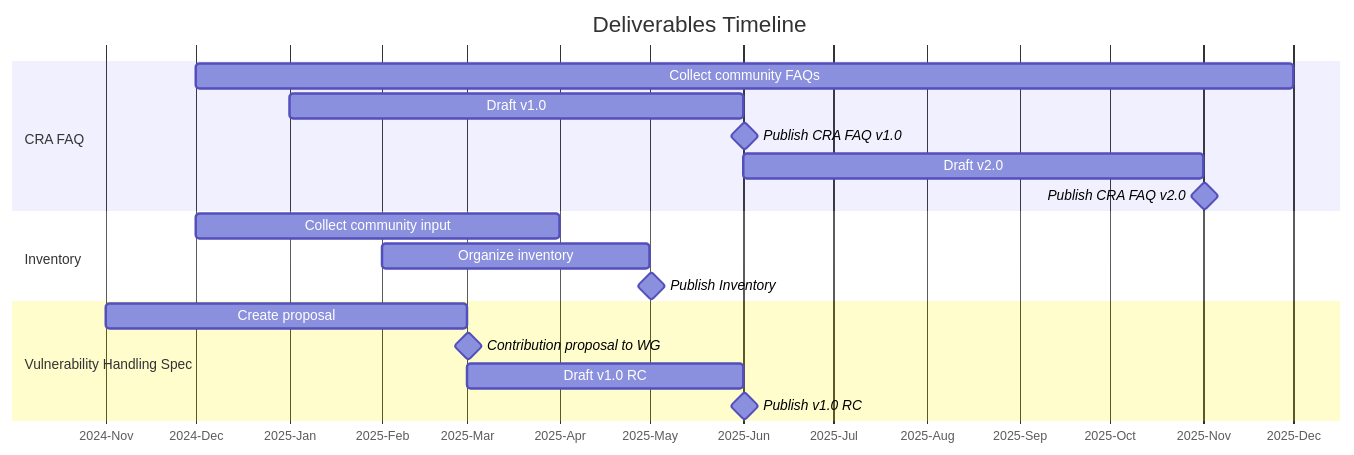
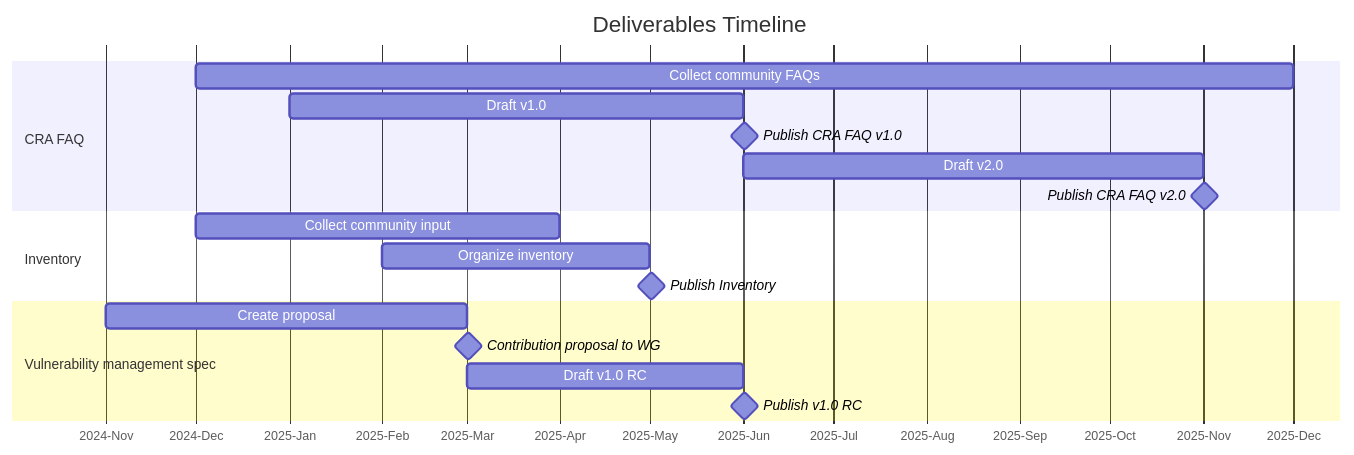
One commit to orcwg/orcwg changed the second of 2 diagrams in cyber-resilience-sig/README.md. Above: the diagram before and after it, drawn with Mermaid. The commit also changed other lines of this file, not shown here.

First line of the commit message:
Fix name of vulnerability handling spec

````diff
--- a/cyber-resilience-sig/README.md
+++ b/cyber-resilience-sig/README.md
@@ -75,31 +75,31 @@
 ```mermaid
 gantt
     title Deliverables Timeline
     dateFormat  MMMM YYYY
     axisFormat %Y-%b
     tickInterval 1month
 
     section CRA FAQ
     Collect community FAQs: December 2024, December 2025
     Draft v1.0: January 2025, June 2025
     Publish CRA FAQ v1.0: milestone, June 2025, 1d
     Draft v2.0: June 2025, November 2025
     Publish CRA FAQ v2.0: milestone, November 2025, 1d
 
     section Inventory
     Collect community input: December 2024, April 2025
     Organize inventory: February 2025, May 2025
     Publish Inventory: milestone, May 2025, 1d
     
     section on SBOMs
 
     section on Due diligence
 
     section on Attestations
 
-    section Vulnerability Handling Spec
+    section Vulnerability management spec
     Create proposal: November 2024, March 2025
     Contribution proposal to WG: milestone, March 2025, 1d
     Draft v1.0 RC: March 2025, June 2025
     Publish v1.0 RC: milestone, June 2025, 1d
 ```
````
